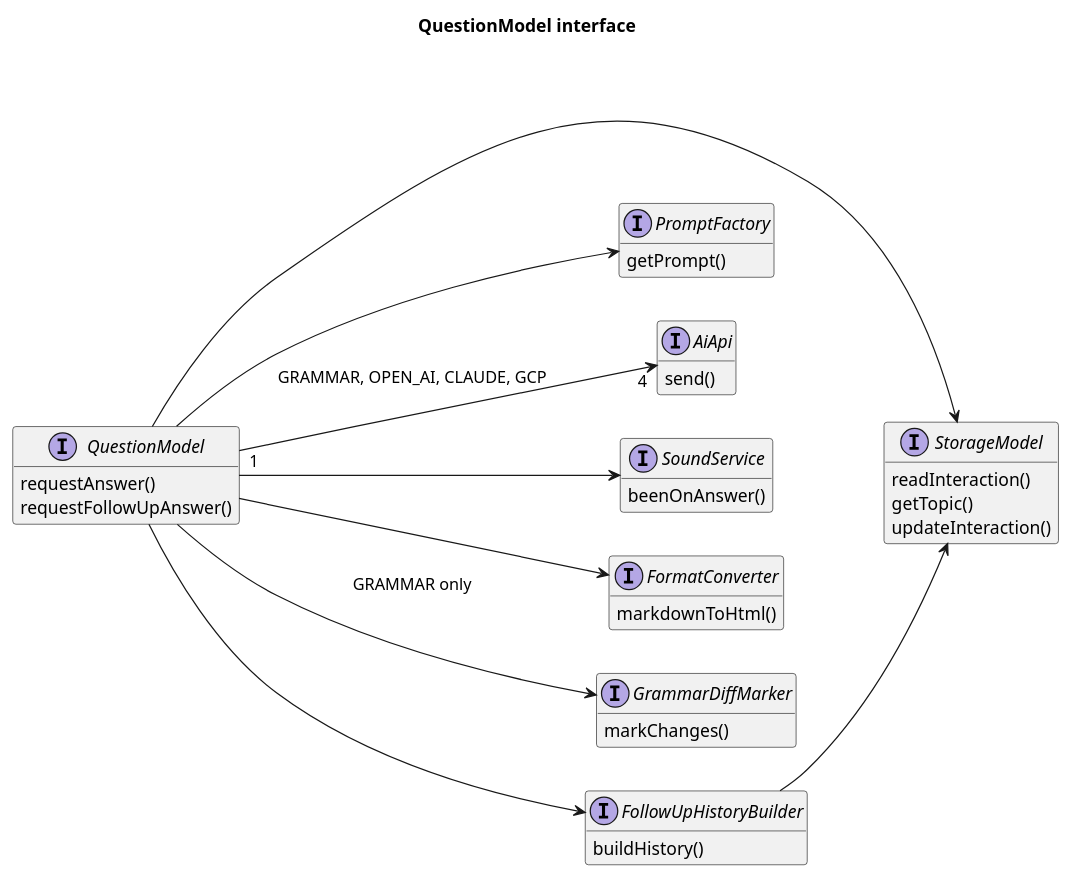
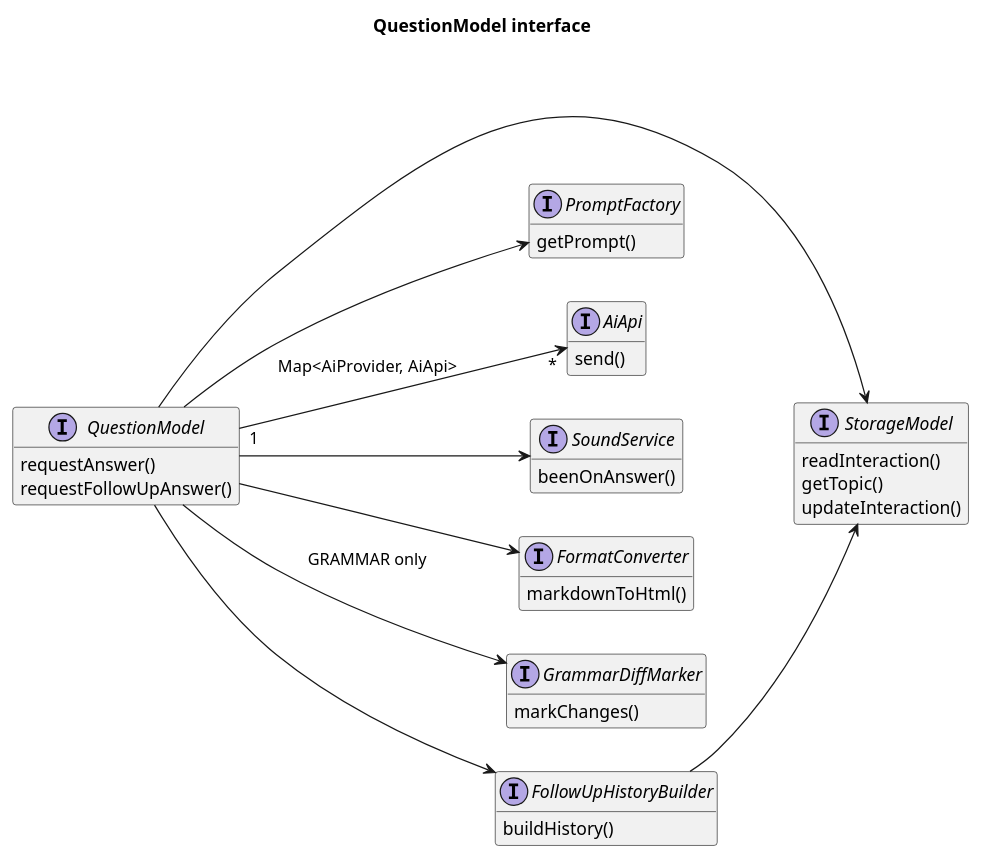
The diagram in docs/question-model-collaborators.puml (Aleks-Ya/topic-prompt-ui), drawn with PlantUML before and after one commit. The commit also changed 62 other files, not shown here.

```diff
--- a/docs/question-model-collaborators.puml
+++ b/docs/question-model-collaborators.puml
@@ -1,45 +1,45 @@
 @startuml
 hide empty members
 left to right direction
 
 title QuestionModel interface
 
 interface QuestionModel {
     requestAnswer()
     requestFollowUpAnswer()
 }
 interface StorageModel {
     readInteraction()
     getTopic()
     updateInteraction()
 }
 interface PromptFactory {
     getPrompt()
 }
 interface AiApi {
     send()
 }
 interface SoundService {
     beenOnAnswer()
 }
 interface FormatConverter {
     markdownToHtml()
 }
 interface GrammarDiffMarker {
     markChanges()
 }
 interface FollowUpHistoryBuilder {
     buildHistory()
 }
 
 QuestionModel --> StorageModel
 QuestionModel --> PromptFactory
-QuestionModel "1" --> "4" AiApi: GRAMMAR, OPEN_AI, CLAUDE, GCP
+QuestionModel "1" --> "*" AiApi: Map<AiProvider, AiApi>
 QuestionModel --> SoundService
 QuestionModel --> FormatConverter
 QuestionModel --> GrammarDiffMarker: GRAMMAR only
 QuestionModel --> FollowUpHistoryBuilder
 
 FollowUpHistoryBuilder --> StorageModel
 
 @enduml
```
